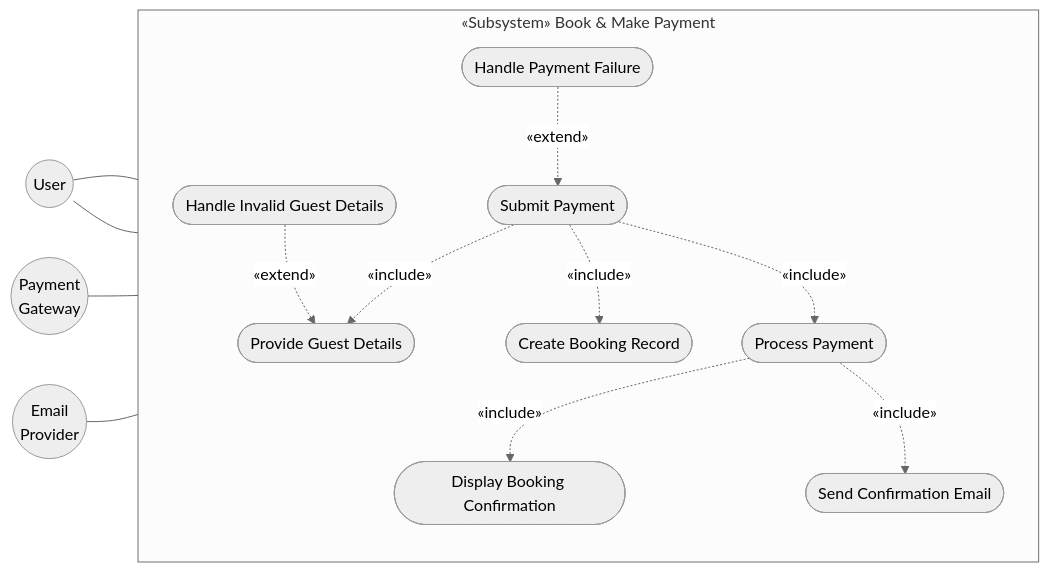
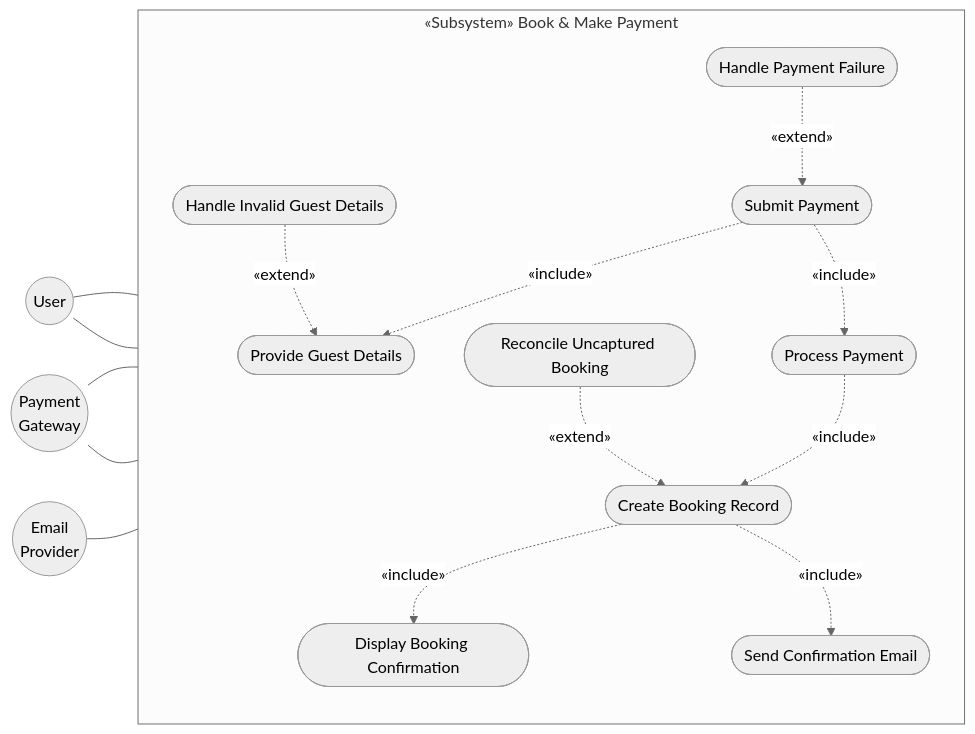
One commit to nikowee/transcenda-hotels changed the first of 4 diagrams in docs/UC4-Book-And-Make-Payment.md. Above: the diagram before and after it, drawn with Mermaid (neutral theme). The commit also changed other lines of this file and 40 other files, not shown here.

First line of the commit message:
feat(booking): rebuild UC4 on the deployed schema, add Stripe Elements

````diff
--- a/docs/UC4-Book-And-Make-Payment.md
+++ b/docs/UC4-Book-And-Make-Payment.md
@@ -57,32 +155,35 @@
 ```mermaid
 flowchart LR
     User(("User"))
     Gateway(("Payment<br/>Gateway"))
     Mailer(("Email<br/>Provider"))
 
     subgraph SUB["&laquo;Subsystem&raquo; Book &amp; Make Payment"]
         direction TB
         Guest(["Provide Guest Details"])
         Submit(["Submit Payment"])
         Process(["Process Payment"])
         Create(["Create Booking Record"])
         Display(["Display Booking Confirmation"])
         Email(["Send Confirmation Email"])
+        Recover(["Reconcile Uncaptured Booking"])
         BadGuest(["Handle Invalid Guest Details"])
         BadPay(["Handle Payment Failure"])
     end
 
     User --- Guest
     User --- Submit
     Gateway --- Process
+    Gateway --- Recover
     Mailer --- Email
 
     Submit -. "&laquo;include&raquo;" .-> Guest
-    Submit -. "&laquo;include&raquo;" .-> Create
     Submit -. "&laquo;include&raquo;" .-> Process
-    Process -. "&laquo;include&raquo;" .-> Display
-    Process -. "&laquo;include&raquo;" .-> Email
+    Process -. "&laquo;include&raquo;" .-> Create
+    Create -. "&laquo;include&raquo;" .-> Display
+    Create -. "&laquo;include&raquo;" .-> Email
 
     BadGuest -. "&laquo;extend&raquo;" .-> Guest
     BadPay -. "&laquo;extend&raquo;" .-> Submit
+    Recover -. "&laquo;extend&raquo;" .-> Create
 ```
````
